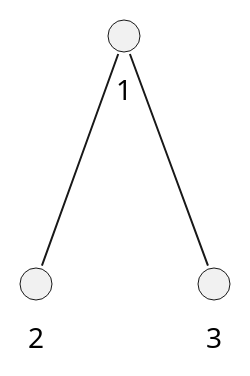
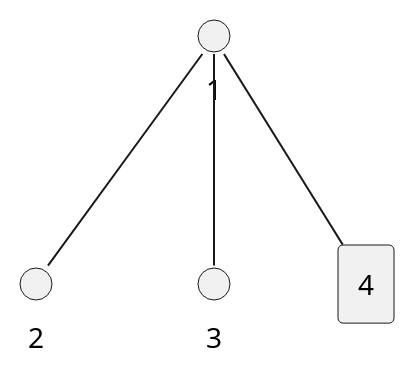
Before and after one commit to wiloon/blog: the fifth of 7 diagrams in content/post/archive-3/2020-01-26-plantuml-puml-vs-code.md, drawn with PlantUML. The commit also changed other lines of this file and 4 other files, not shown here.

````diff
--- a/content/post/archive-3/2020-01-26-plantuml-puml-vs-code.md
+++ b/content/post/archive-3/2020-01-26-plantuml-puml-vs-code.md
@@ -100,11 +100,13 @@
 ```puml
 @startuml
 circle 1
 circle 2
 circle 3
+agent 4
 
 1 -- 2
 1 -- 3
+1 -- 4
 
 @enduml
 ```
````
